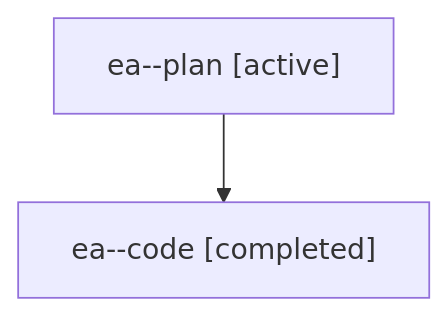
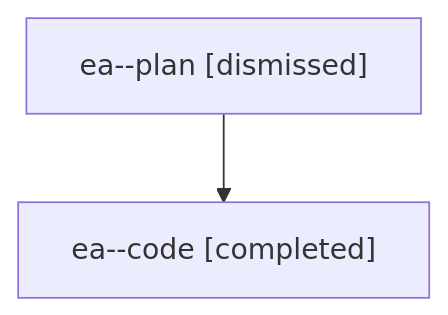
One commit to sase-org/sase--agents changed the diagram in sessions/bbugyi200.athena.ea.md. Above: the diagram before and after it, drawn with Mermaid. The commit also changed other lines of this file and 31 other files, not shown here.

````diff
--- a/sessions/bbugyi200.athena.ea.md
+++ b/sessions/bbugyi200.athena.ea.md
@@ -9,6 +9,6 @@
 ```mermaid
 flowchart TD
-  n0["ea--plan [active]"]
+  n0["ea--plan [dismissed]"]
   n1["ea--code [completed]"]
   n0 --> n1
 ```
````
